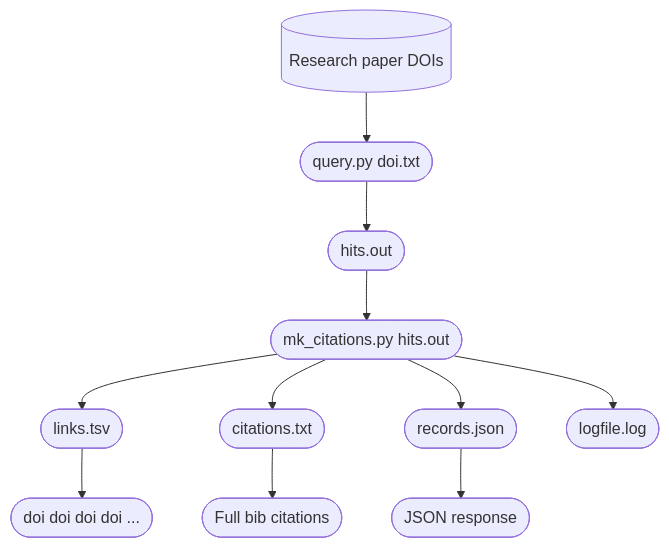
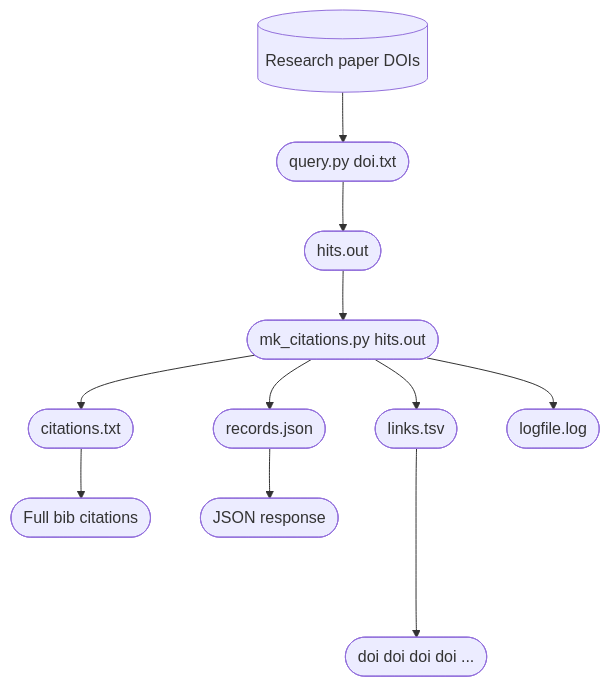
One commit to sefnyn/scholix changed the diagram in README.md. Above: the diagram before and after it, drawn with Mermaid.

````diff
--- a/README.md
+++ b/README.md
@@ -3,14 +3,14 @@
 ```mermaid
 graph TD;
     A[(Research paper DOIs)]
     A --> B([query.py doi.txt]);
     B --> C([hits.out]);
     C --> D([mk_citations.py hits.out]);
     D --> E([links.tsv]);
     D --> F([citations.txt]);
     D --> G([records.json]);
     D --> H([logfile.log]);
-    E --> J(["doi doi doi doi ..."]);
+    E ----> J(["doi doi doi doi ..."]);
     F --> K([Full bib citations]);
     G --> L([JSON response]);
 ```
````
